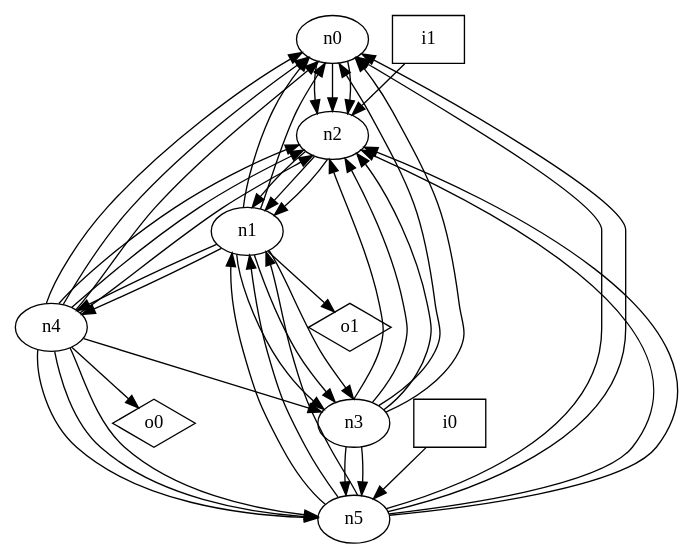
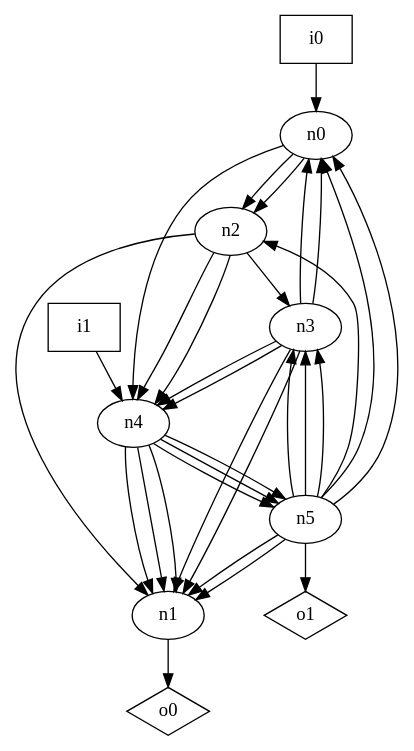
Before and after one commit to p9romain/bool-circuits: the diagram in dot_files/random_graph/oriented_loop_free_graph.dot, drawn with Graphviz. The commit also changed 73 other files, not shown here.

```diff
--- a/dot_files/random_graph/oriented_loop_free_graph.dot
+++ b/dot_files/random_graph/oriented_loop_free_graph.dot
@@ -1,53 +1,43 @@
 digraph G {
 n0 [label="n0"];
 n1 [label="n1"];
 n2 [label="n2"];
 n3 [label="n3"];
 n4 [label="n4"];
 n5 [label="n5"];
 n6 [label="i0",shape="box"];
 n7 [label="i1",shape="box"];
 n8 [label="o0",shape="diamond"];
 n9 [label="o1",shape="diamond"];
 n0 -> n2
 n0 -> n2
-n0 -> n2
-n1 -> n0
-n1 -> n0
-n1 -> n3
-n1 -> n3
-n1 -> n3
-n1 -> n4
-n1 -> n4
-n1 -> n9
+n0 -> n4
+n1 -> n8
 n2 -> n1
-n2 -> n1
-n2 -> n1
+n2 -> n3
+n2 -> n4
+n2 -> n4
 n3 -> n0
 n3 -> n0
-n3 -> n2
-n3 -> n2
-n3 -> n2
-n3 -> n5
-n3 -> n5
-n4 -> n0
-n4 -> n0
-n4 -> n0
-n4 -> n2
-n4 -> n2
-n4 -> n2
-n4 -> n3
+n3 -> n1
+n3 -> n1
+n3 -> n4
+n3 -> n4
+n4 -> n1
+n4 -> n1
+n4 -> n1
 n4 -> n5
 n4 -> n5
 n4 -> n5
-n4 -> n8
 n5 -> n0
 n5 -> n0
 n5 -> n1
 n5 -> n1
-n5 -> n1
 n5 -> n2
-n5 -> n2
-n6 -> n5
-n7 -> n2
+n5 -> n3
+n5 -> n3
+n5 -> n3
+n5 -> n9
+n6 -> n0
+n7 -> n4
 }
```
